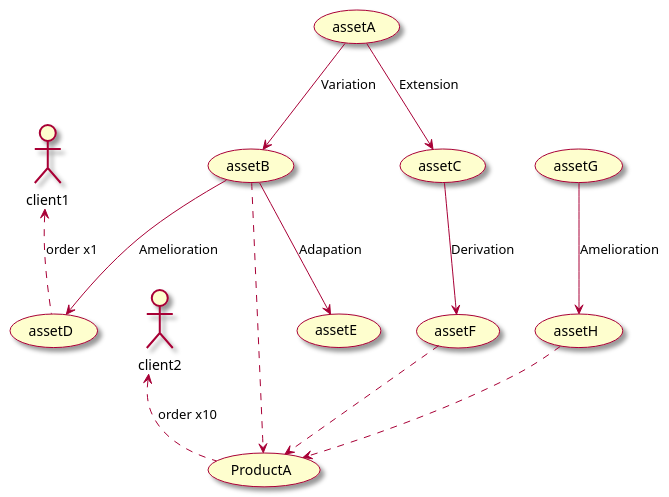
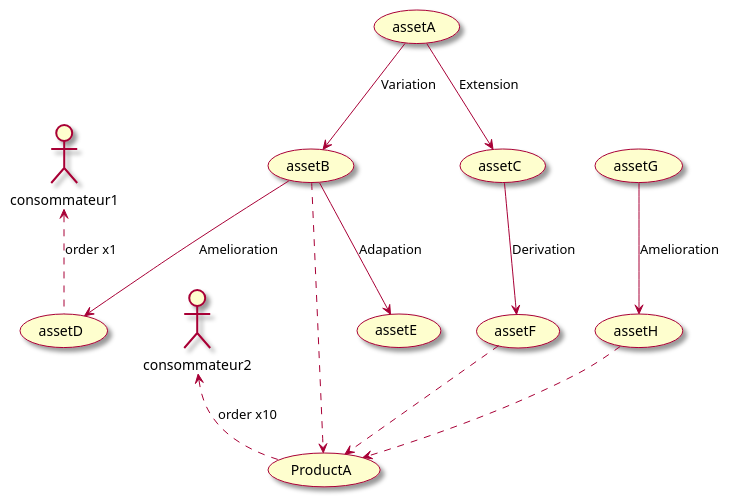
One commit to olivaux/myr changed the second of 3 diagrams in specs/1-Expression/UCPI-Propriete_Intellectuelle/UCPI05.md. Above: the diagram before and after it, drawn with PlantUML. The commit also changed other lines of this file and 7 other files, not shown here.

````diff
--- a/specs/1-Expression/UCPI-Propriete_Intellectuelle/UCPI05.md
+++ b/specs/1-Expression/UCPI-Propriete_Intellectuelle/UCPI05.md
@@ -61,17 +61,17 @@
 ```plantuml
 @startuml
 skin rose
-:client1: <.. (assetD) :order x1
-:client2: <.. (ProductA) :order x10
+:consommateur1: <.. (assetD) :order x1
+:consommateur2: <.. (ProductA) :order x10
 (assetA) --> (assetB) :Variation
 (assetA) --> (assetC) :Extension
 (assetB) --> (assetD) :Amelioration
 (assetC) --> (assetF) :Derivation
 (assetB) --> (assetE) :Adapation
 (assetG) --> (assetH) :Amelioration
 
 (assetB) ..> (ProductA)
 (assetF) ..> (ProductA)
 (assetH) ..> (ProductA)
 @enduml
 ```
````
